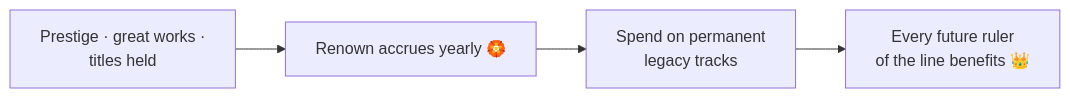
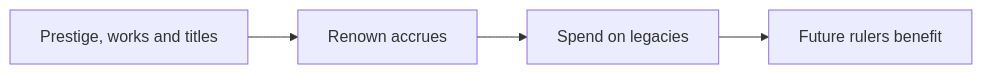
Before and after one commit to kroryan/Quartz-HispaniaBeta: the diagram in content/world/Dynasty Legacy.md, drawn with Mermaid. The commit also changed other lines of this file and 35 other files, not shown here.

````diff
--- a/content/world/Dynasty Legacy.md
+++ b/content/world/Dynasty Legacy.md
@@ -18,6 +18,6 @@
 ```mermaid
 flowchart LR
-    A[Prestige · great works ·<br/>titles held] --> B[Renown accrues yearly 🏵️]
-    B --> C[Spend on permanent<br/>legacy tracks]
-    C --> D[Every future ruler<br/>of the line benefits 👑]
+    A[Prestige, works and titles] --> B[Renown accrues]
+    B --> C[Spend on legacies]
+    C --> D[Future rulers benefit]
 ```
````
